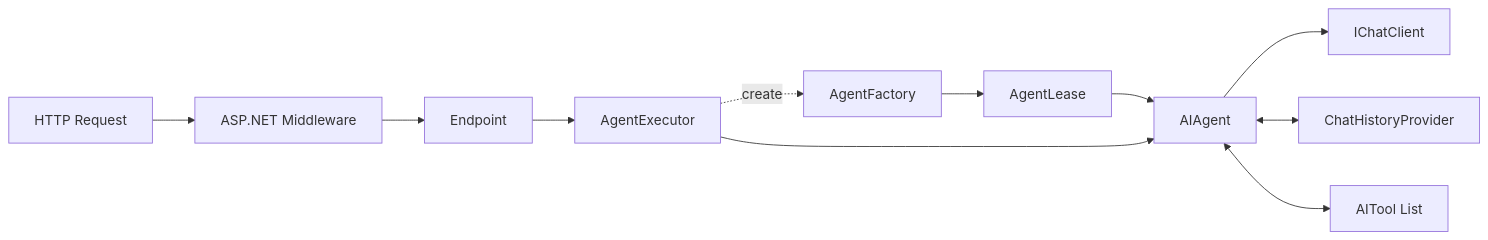
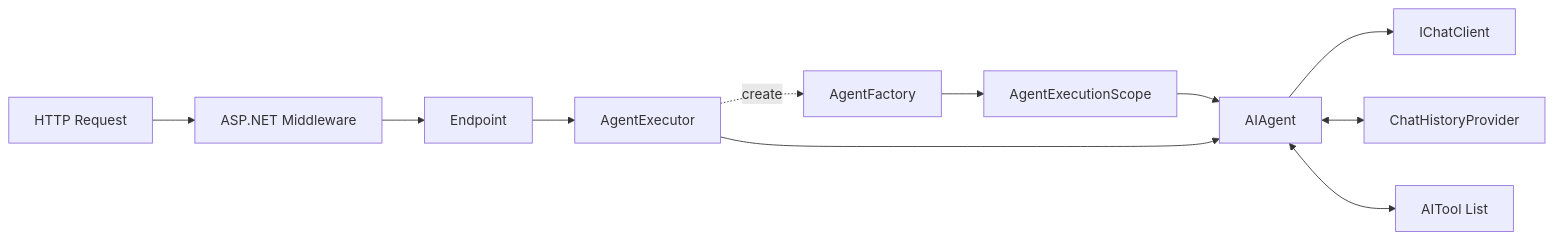
Before and after one commit to philfanzhou/OpenAgent: the second of 3 diagrams in docs/planning/2026-08-03-engine-core-agent-runtime-redesign.md, drawn with Mermaid. The commit also changed other lines of this file and 8 other files, not shown here.

````diff
--- a/docs/planning/2026-08-03-engine-core-agent-runtime-redesign.md
+++ b/docs/planning/2026-08-03-engine-core-agent-runtime-redesign.md
@@ -371,24 +371,24 @@
 ```mermaid
 flowchart LR
     HTTP[HTTP Request]
     MW[ASP.NET Middleware]
     Endpoint[Endpoint]
     Executor[AgentExecutor]
     Factory[AgentFactory]
-    Lease[AgentLease]
+    Lease[AgentExecutionScope]
     Agent[AIAgent]
     Model[IChatClient]
     History[ChatHistoryProvider]
     Tools[AITool List]
 
     HTTP --> MW
     MW --> Endpoint
     Endpoint --> Executor
     Executor -. create .-> Factory
     Factory --> Lease
     Lease --> Agent
     Executor --> Agent
     Agent --> Model
     Agent <--> History
     Agent <--> Tools
 ```
````
